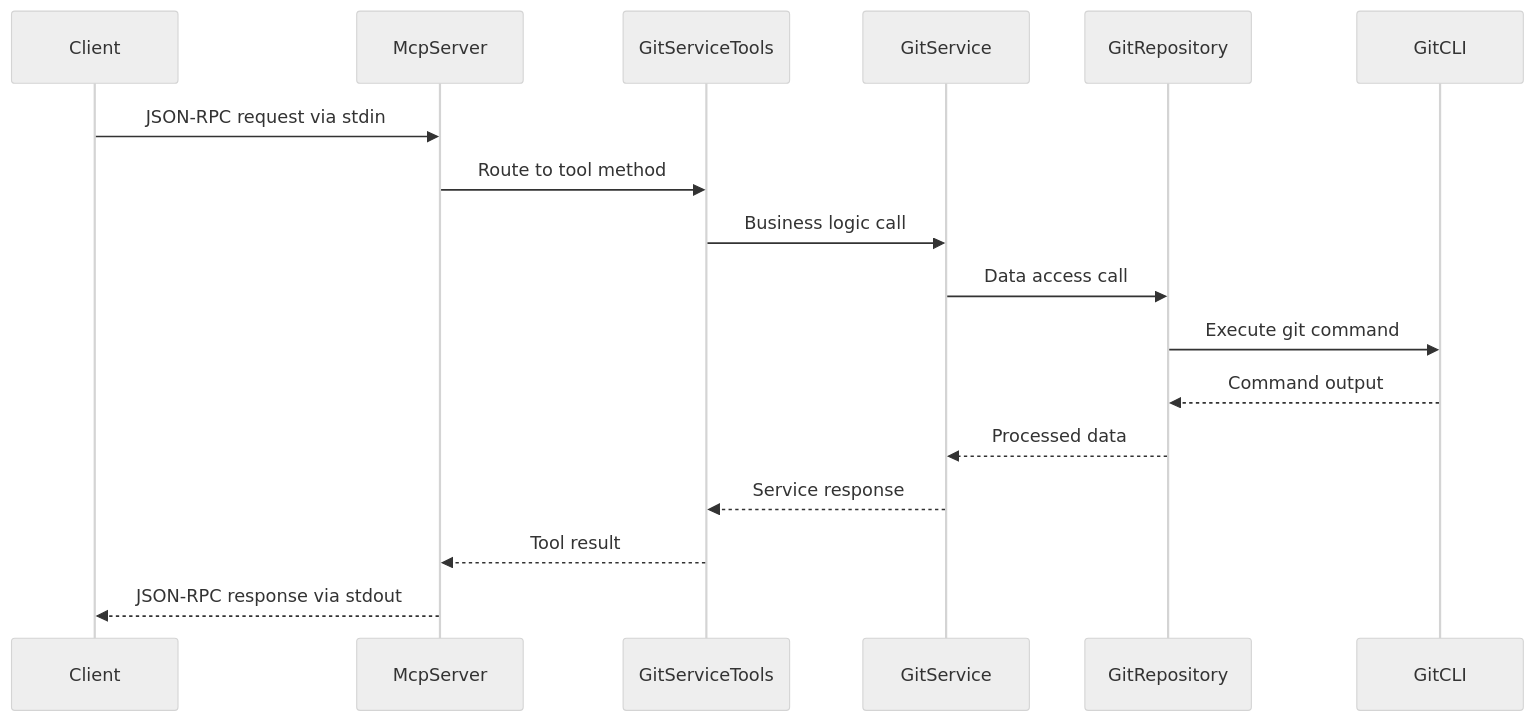
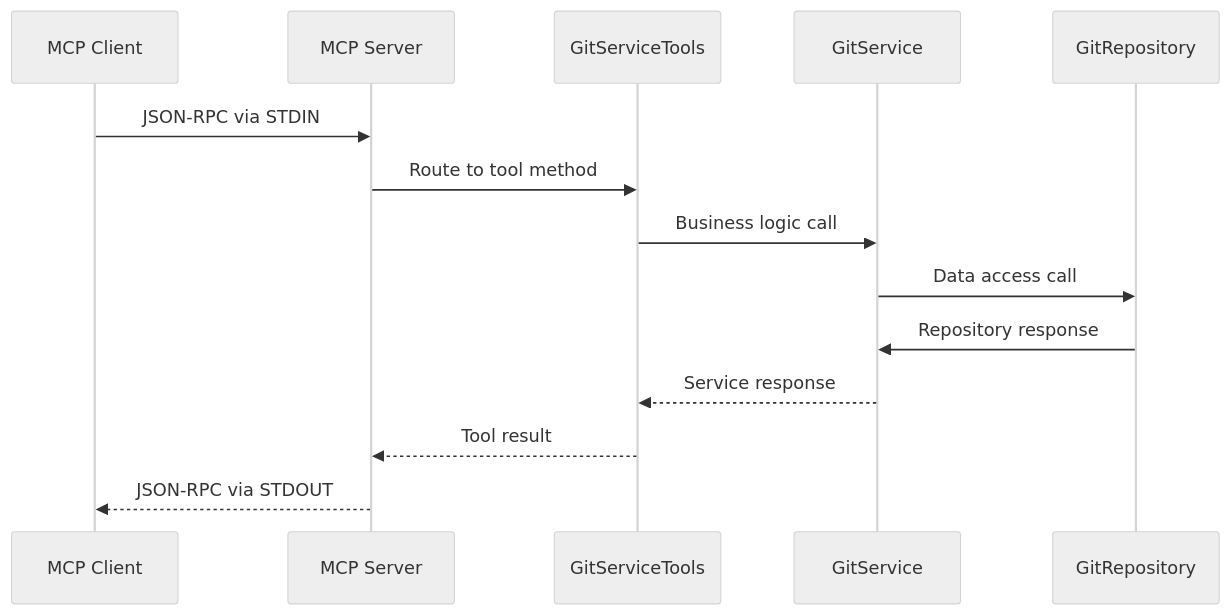
One commit to MCPRUNNER/GitVisionMCP changed the second of 3 diagrams in Documentation/ARCHITECTURE.md. Above: the diagram before and after it, drawn with Mermaid (neutral theme). The commit also changed other lines of this file and 21 other files, not shown here.

````diff
--- a/Documentation/ARCHITECTURE.md
+++ b/Documentation/ARCHITECTURE.md
@@ -136,20 +161,17 @@
 ```mermaid
 sequenceDiagram
-    participant Client
-    participant McpServer
-    participant GitServiceTools
-    participant GitService
-    participant GitRepository
-    participant GitCLI
+    participant Client as MCP Client
+    participant McpServer as MCP Server
+    participant GitServiceTools as GitServiceTools
+    participant GitService as GitService
+    participant GitRepository as GitRepository
 
-    Client->>McpServer: JSON-RPC request via stdin
+    Client->>McpServer: JSON-RPC via STDIN
     McpServer->>GitServiceTools: Route to tool method
     GitServiceTools->>GitService: Business logic call
     GitService->>GitRepository: Data access call
-    GitRepository->>GitCLI: Execute git command
-    GitCLI-->>GitRepository: Command output
-    GitRepository-->>GitService: Processed data
+    GitRepository->>GitService: Repository response
     GitService-->>GitServiceTools: Service response
     GitServiceTools-->>McpServer: Tool result
-    McpServer-->>Client: JSON-RPC response via stdout
+    McpServer-->>Client: JSON-RPC via STDOUT
 ```
````
